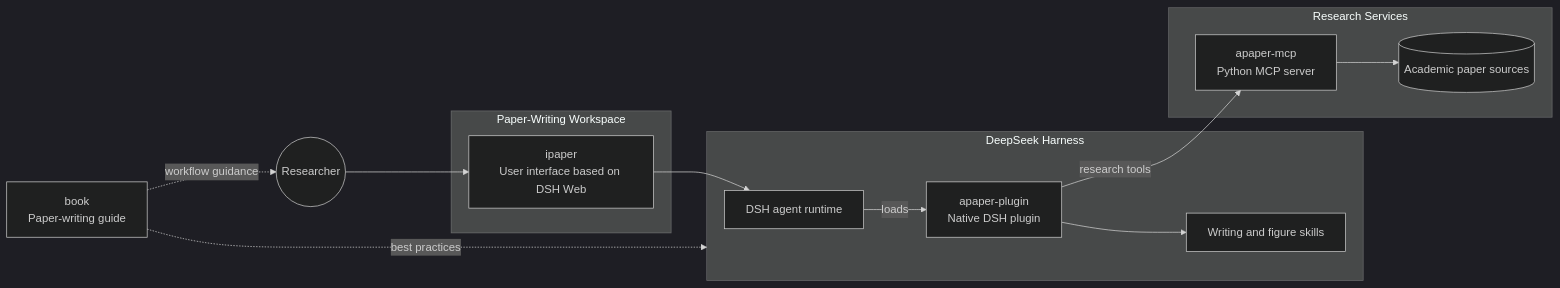
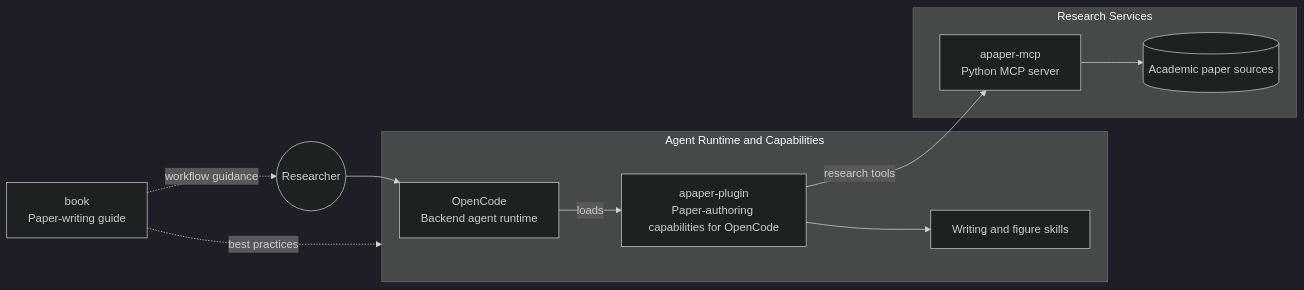
Before and after one commit to ai4paper/.github: the diagram in profile/README.md, drawn with Mermaid (dark theme). The commit also changed other lines of this file, not shown here.

Commit message:
docs: update profile architecture to OpenCode runtime

````diff
--- a/profile/README.md
+++ b/profile/README.md
@@ -15,29 +15,24 @@
 ```mermaid
 flowchart LR
-    USER((Researcher)) --> IPAPER
+    USER((Researcher)) --> OPENCODE
 
-    subgraph UI [Paper-Writing Workspace]
-        IPAPER[ipaper<br/>User interface based on DSH Web]
-    end
-
-    subgraph AGENT [DeepSeek Harness]
-        DSH[DSH agent runtime]
-        PLUGIN[apaper-plugin<br/>Native DSH plugin]
+    subgraph AGENT [Agent Runtime and Capabilities]
+        OPENCODE[OpenCode<br/>Backend agent runtime]
+        PLUGIN[apaper-plugin<br/>Paper-authoring capabilities for OpenCode]
         SKILLS[Writing and figure skills]
-        DSH -->|loads| PLUGIN
+        OPENCODE -->|loads| PLUGIN
         PLUGIN --> SKILLS
     end
 
     subgraph RESEARCH [Research Services]
         MCP[apaper-mcp<br/>Python MCP server]
         SOURCES[(Academic paper sources)]
         MCP --> SOURCES
     end
 
-    IPAPER --> DSH
     PLUGIN -->|research tools| MCP
 
     BOOK[book<br/>Paper-writing guide]
     BOOK -.->|workflow guidance| USER
     BOOK -.->|best practices| AGENT
 ```
````
